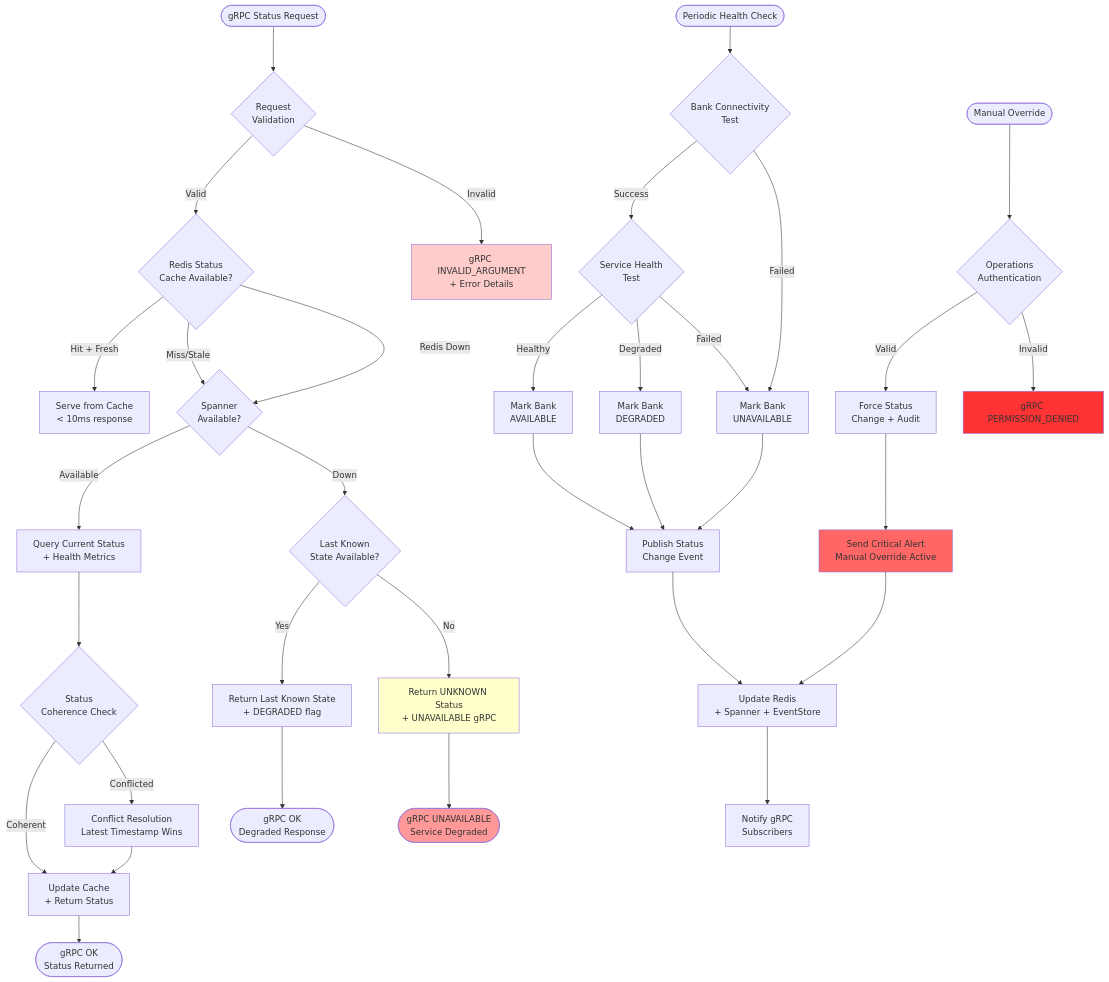
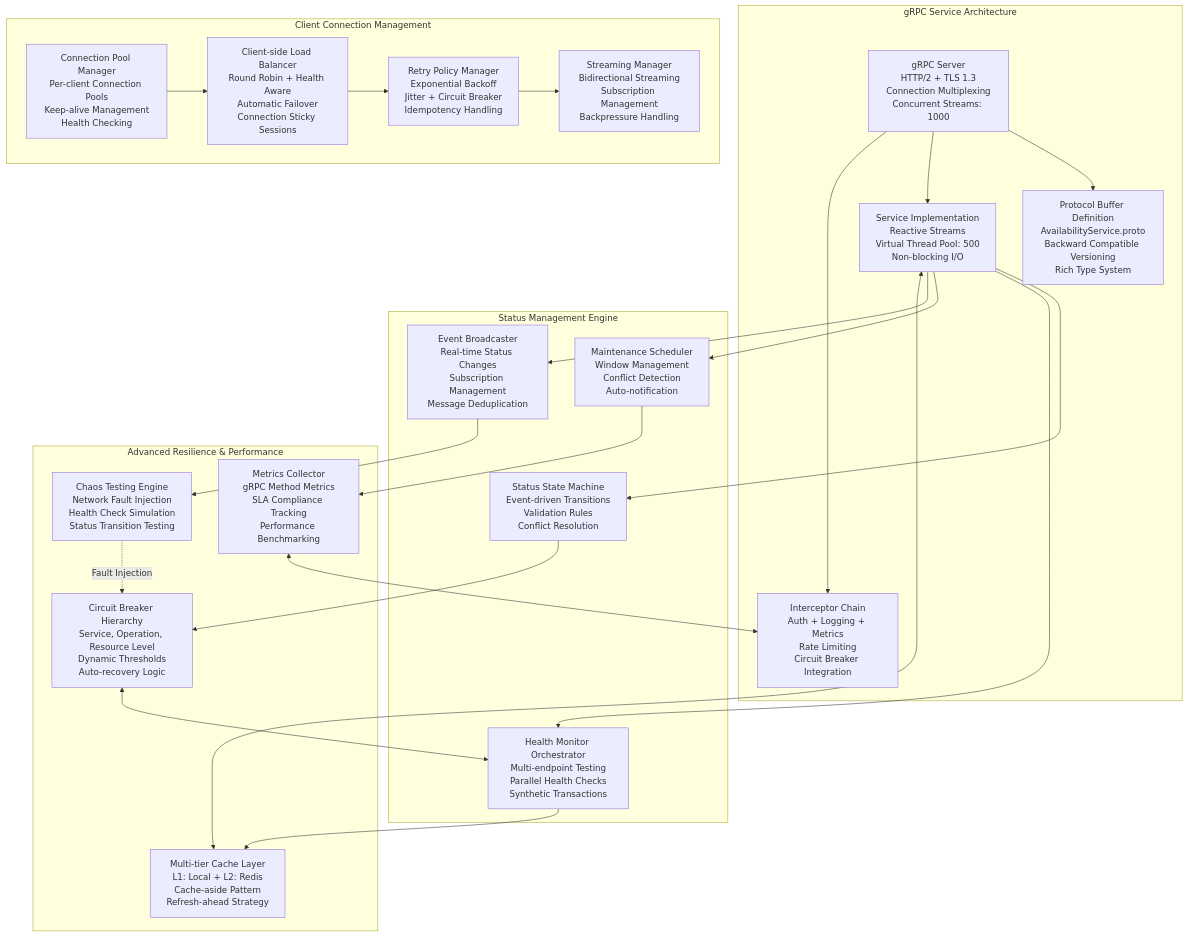
Before and after one commit to hari-p8-io/clearpathgateway: the second of 4 diagrams in docs/diagrams/FAST_AVAILABILITY_SERVICE_TECHNICAL_DIAGRAMS.md, drawn with Mermaid. The commit also changed other lines of this file, not shown here.

````diff
--- a/docs/diagrams/FAST_AVAILABILITY_SERVICE_TECHNICAL_DIAGRAMS.md
+++ b/docs/diagrams/FAST_AVAILABILITY_SERVICE_TECHNICAL_DIAGRAMS.md
@@ -81,57 +537,54 @@
 ```mermaid
-flowchart TD
-    Start([gRPC Status Request]) --> ValidateRequest{Request<br/>Validation}
+graph TB
+    subgraph "gRPC Service Architecture"
+        gRPCServer[gRPC Server<br/>HTTP/2 + TLS 1.3<br/>Connection Multiplexing<br/>Concurrent Streams: 1000]
+        ProtoDefinition[Protocol Buffer Definition<br/>AvailabilityService.proto<br/>Backward Compatible Versioning<br/>Rich Type System]
+        ServiceImplementation[Service Implementation<br/>Reactive Streams<br/>Virtual Thread Pool: 500<br/>Non-blocking I/O]
+        InterceptorChain[Interceptor Chain<br/>Auth + Logging + Metrics<br/>Rate Limiting<br/>Circuit Breaker Integration]
+    end
     
-    ValidateRequest -->|Valid| CheckCache{Redis Status<br/>Cache Available?}
-    ValidateRequest -->|Invalid| InvalidRequest[gRPC INVALID_ARGUMENT<br/>+ Error Details]
+    subgraph "Client Connection Management"
+        ConnectionPool[Connection Pool Manager<br/>Per-client Connection Pools<br/>Keep-alive Management<br/>Health Checking]
+        LoadBalancer[Client-side Load Balancer<br/>Round Robin + Health Aware<br/>Automatic Failover<br/>Connection Sticky Sessions]
+        RetryPolicy[Retry Policy Manager<br/>Exponential Backoff<br/>Jitter + Circuit Breaker<br/>Idempotency Handling]
+        StreamingManager[Streaming Manager<br/>Bidirectional Streaming<br/>Subscription Management<br/>Backpressure Handling]
+    end
     
-    CheckCache -->|Hit + Fresh| ServeFromCache[Serve from Cache<br/>< 10ms response]
-    CheckCache -->|Miss/Stale| CheckDatabase{Spanner<br/>Available?}
-    CheckCache -->|Redis Down| CheckDatabase
+    subgraph "Status Management Engine"
+        StatusStateMachine[Status State Machine<br/>Event-driven Transitions<br/>Validation Rules<br/>Conflict Resolution]
+        HealthMonitorOrchestrator[Health Monitor Orchestrator<br/>Multi-endpoint Testing<br/>Parallel Health Checks<br/>Synthetic Transactions]
+        MaintenanceScheduler[Maintenance Scheduler<br/>Window Management<br/>Conflict Detection<br/>Auto-notification]
+        EventBroadcaster[Event Broadcaster<br/>Real-time Status Changes<br/>Subscription Management<br/>Message Deduplication]
+    end
     
-    CheckDatabase -->|Available| QueryStatus[Query Current Status<br/>+ Health Metrics]
-    CheckDatabase -->|Down| FallbackMode{Last Known<br/>State Available?}
+    subgraph "Advanced Resilience & Performance"
+        CircuitBreakerHierarchy[Circuit Breaker Hierarchy<br/>Service, Operation, Resource Level<br/>Dynamic Thresholds<br/>Auto-recovery Logic]
+        CacheLayer[Multi-tier Cache Layer<br/>L1: Local + L2: Redis<br/>Cache-aside Pattern<br/>Refresh-ahead Strategy]
+        MetricsCollector[Metrics Collector<br/>gRPC Method Metrics<br/>SLA Compliance Tracking<br/>Performance Benchmarking]
+        ChaosTestingEngine[Chaos Testing Engine<br/>Network Fault Injection<br/>Health Check Simulation<br/>Status Transition Testing]
+    end
     
-    QueryStatus --> ValidateStatus{Status<br/>Coherence Check}
-    ValidateStatus -->|Coherent| UpdateCache[Update Cache<br/>+ Return Status]
-    ValidateStatus -->|Conflicted| ResolveConflict[Conflict Resolution<br/>Latest Timestamp Wins]
+    gRPCServer --> ProtoDefinition
+    gRPCServer --> ServiceImplementation
+    gRPCServer --> InterceptorChain
     
-    ResolveConflict --> UpdateCache
-    UpdateCache --> Success([gRPC OK<br/>Status Returned])
+    ServiceImplementation --> StatusStateMachine
+    ServiceImplementation --> HealthMonitorOrchestrator
+    ServiceImplementation --> MaintenanceScheduler
+    ServiceImplementation --> EventBroadcaster
     
-    FallbackMode -->|Yes| LastKnownState[Return Last Known State<br/>+ DEGRADED flag]
-    FallbackMode -->|No| UnknownState[Return UNKNOWN Status<br/>+ UNAVAILABLE gRPC]
+    ConnectionPool --> LoadBalancer
+    LoadBalancer --> RetryPolicy
+    RetryPolicy --> StreamingManager
     
-    LastKnownState --> DegradedSuccess([gRPC OK<br/>Degraded Response])
-    UnknownState --> ServiceUnavailable([gRPC UNAVAILABLE<br/>Service Degraded])
+    StatusStateMachine --> CircuitBreakerHierarchy
+    HealthMonitorOrchestrator --> CacheLayer
+    MaintenanceScheduler --> MetricsCollector
+    EventBroadcaster --> ChaosTestingEngine
     
-    %% Health Check Path
-    HealthCheck([Periodic Health Check]) --> TestConnectivity{Bank Connectivity<br/>Test}
-    TestConnectivity -->|Success| TestServices{Service Health<br/>Test}
-    TestConnectivity -->|Failed| MarkUnavailable[Mark Bank<br/>UNAVAILABLE]
-    
-    TestServices -->|Healthy| MarkAvailable[Mark Bank<br/>AVAILABLE]
-    TestServices -->|Degraded| MarkDegraded[Mark Bank<br/>DEGRADED]
-    TestServices -->|Failed| MarkUnavailable
-    
-    MarkAvailable --> PublishEvent[Publish Status<br/>Change Event]
-    MarkDegraded --> PublishEvent
-    MarkUnavailable --> PublishEvent
-    
-    PublishEvent --> UpdateAllSources[Update Redis<br/>+ Spanner + EventStore]
-    UpdateAllSources --> NotifySubscribers[Notify gRPC<br/>Subscribers]
-    
-    %% Emergency Override Path
-    EmergencyOverride([Manual Override]) --> ValidateCredentials{Operations<br/>Authentication}
-    ValidateCredentials -->|Valid| ForceStatusChange[Force Status<br/>Change + Audit]
-    ValidateCredentials -->|Invalid| Unauthorized[gRPC PERMISSION_DENIED]
-    
-    ForceStatusChange --> CriticalAlert[Send Critical Alert<br/>Manual Override Active]
-    CriticalAlert --> UpdateAllSources
-    
-    style InvalidRequest fill:#ffcccc
-    style ServiceUnavailable fill:#ff9999
-    style UnknownState fill:#ffffcc
-    style CriticalAlert fill:#ff6666
-    style Unauthorized fill:#ff3333
+    %% Performance Integration
+    CacheLayer <--> ServiceImplementation
+    MetricsCollector <--> InterceptorChain
+    CircuitBreakerHierarchy <--> HealthMonitorOrchestrator
+    ChaosTestingEngine -.->|Fault Injection| CircuitBreakerHierarchy
 ```
````
